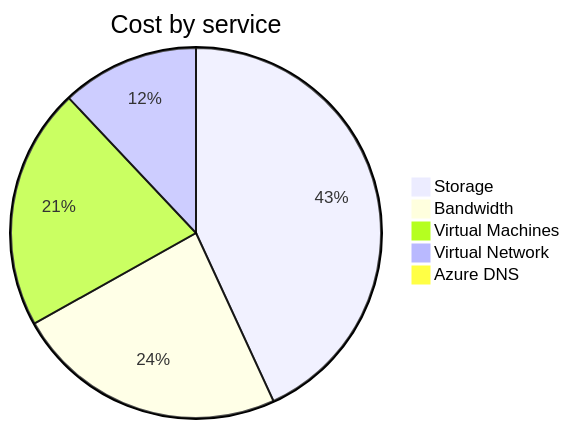
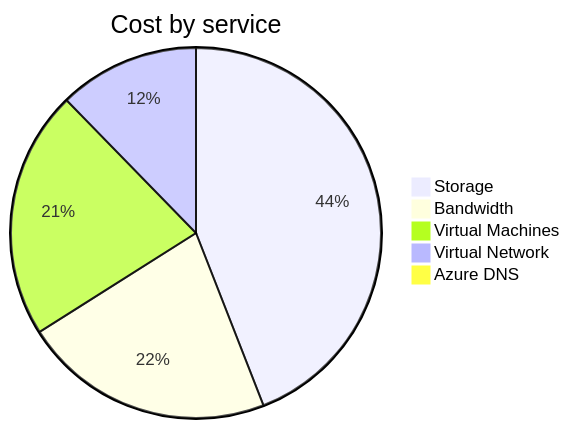
Before and after one commit to jpfulton/azure-personal-reports: the second of 4 diagrams in cost-reports/personal-network/README.md, drawn with Mermaid. The commit also changed other lines of this file and 8 other files, not shown here.

````diff
--- a/cost-reports/personal-network/README.md
+++ b/cost-reports/personal-network/README.md
@@ -99,9 +99,9 @@
 ```mermaid
 pie
    title Cost by service
-   "Storage" : 8.50
+   "Storage" : 9.39
    "Bandwidth" : 4.68
-   "Virtual Machines" : 4.16
-   "Virtual Network" : 2.37
-   "Azure DNS" : 0.16
+   "Virtual Machines" : 4.62
+   "Virtual Network" : 2.62
+   "Azure DNS" : 0.18
 ```
````
